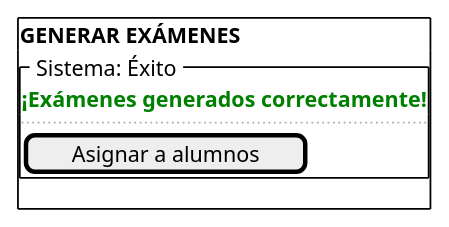
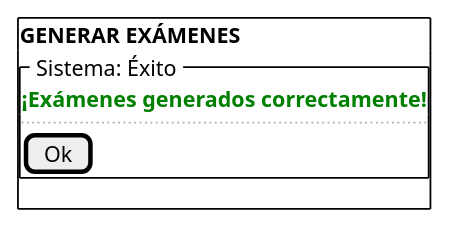
The diagram in documents/casos-de-uso/prototipadoCasosDeUso/generarExamenes/generarExamenesExito.puml (martinlopez7/25-26-IdSw1-SdR), drawn with PlantUML before and after one commit. The commit also changed 11 other files, not shown here.

```diff
--- a/documents/casos-de-uso/prototipadoCasosDeUso/generarExamenes/generarExamenesExito.puml
+++ b/documents/casos-de-uso/prototipadoCasosDeUso/generarExamenes/generarExamenesExito.puml
@@ -1,13 +1,13 @@
 @startsalt
 {+
   <b>GENERAR EXÁMENES</b>
 
   
   {^" Sistema: Éxito "
     <color:green><b>¡Exámenes generados correctamente!</b></color>
     
     ....
-    [ Asignar a alumnos ] 
+    [ Ok ] 
   }
 }
 @endsalt
```
